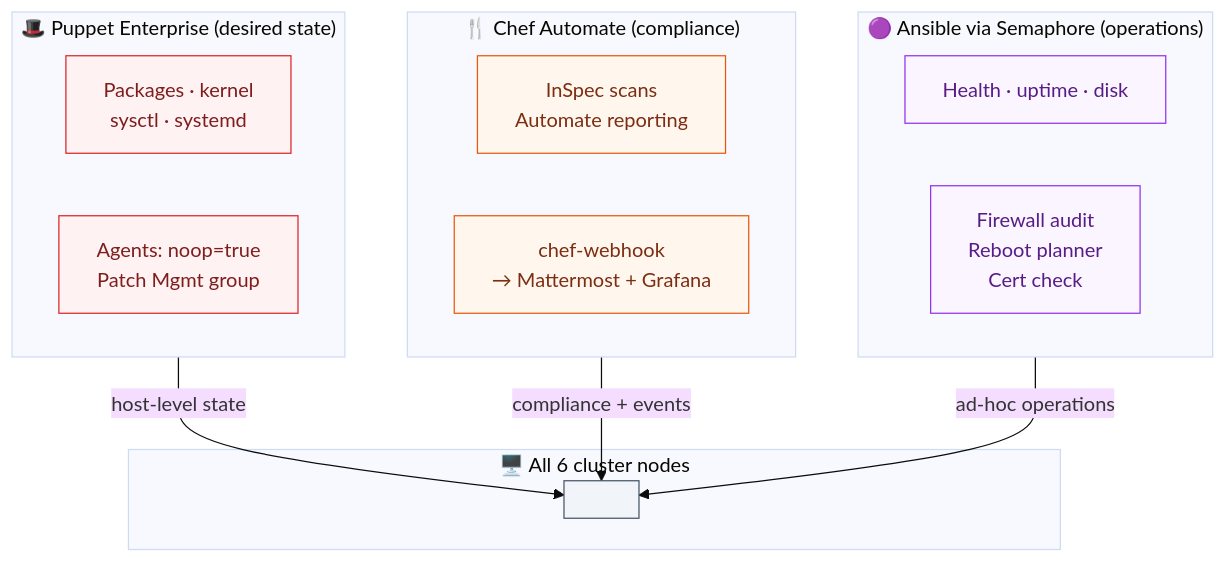
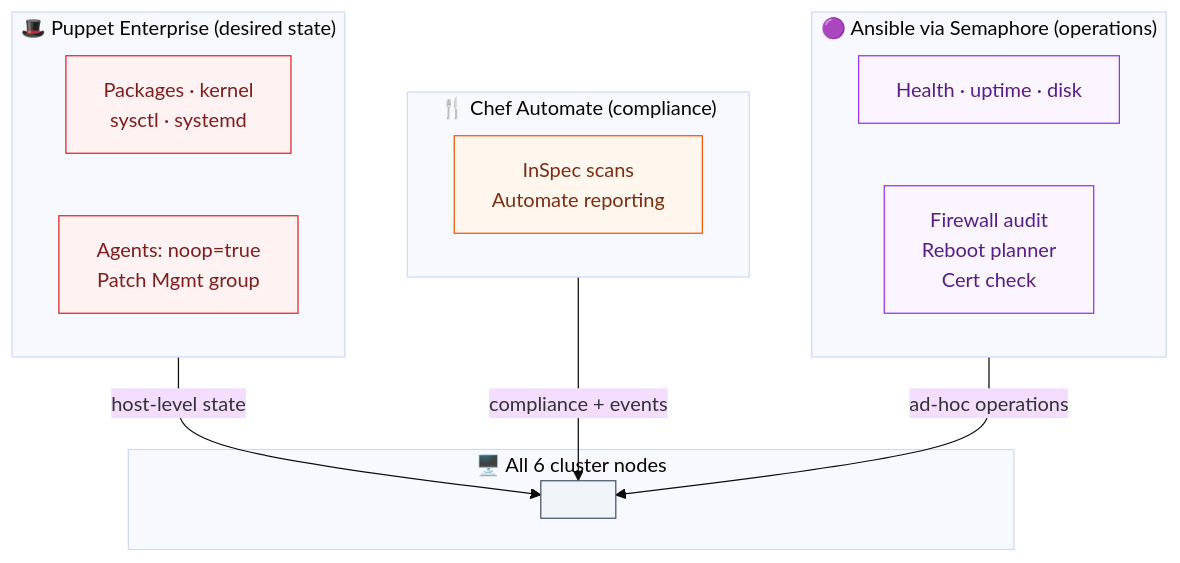
Before and after one commit to ondrejnr/aiot-platform: the fourth of 5 diagrams in README.md, drawn with Mermaid (base theme). The commit also changed other lines of this file and 100 other files, not shown here.

````diff
--- a/README.md
+++ b/README.md
@@ -219,37 +215,36 @@
 ```mermaid
 flowchart TB
     subgraph HOSTS["🖥️ All 6 cluster nodes"]
         H[" "]
     end
 
     subgraph PUPPET["🎩 Puppet Enterprise (desired state)"]
         direction LR
         P1["Packages · kernel<br/>sysctl · systemd"]
         P2["Agents: noop=true<br/>Patch Mgmt group"]
     end
 
     subgraph CHEF["🍴 Chef Automate (compliance)"]
         direction LR
         C1["InSpec scans<br/>Automate reporting"]
-        C2["chef-webhook<br/>→ Mattermost + Grafana"]
     end
 
     subgraph ANS["🟣 Ansible via Semaphore (operations)"]
         direction LR
         A1["Health · uptime · disk"]
         A2["Firewall audit<br/>Reboot planner<br/>Cert check"]
     end
 
     PUPPET -->|host-level state| H
     CHEF -->|compliance + events| H
     ANS -->|ad-hoc operations| H
 
     classDef p fill:#fef2f2,stroke:#dc2626,color:#7f1d1d
     classDef c fill:#fff7ed,stroke:#ea580c,color:#7c2d12
     classDef a fill:#faf5ff,stroke:#9333ea,color:#581c87
     classDef h fill:#f1f5f9,stroke:#475569
     class P1,P2 p
     class C1,C2 c
     class A1,A2 a
     class H h
 ```
````
